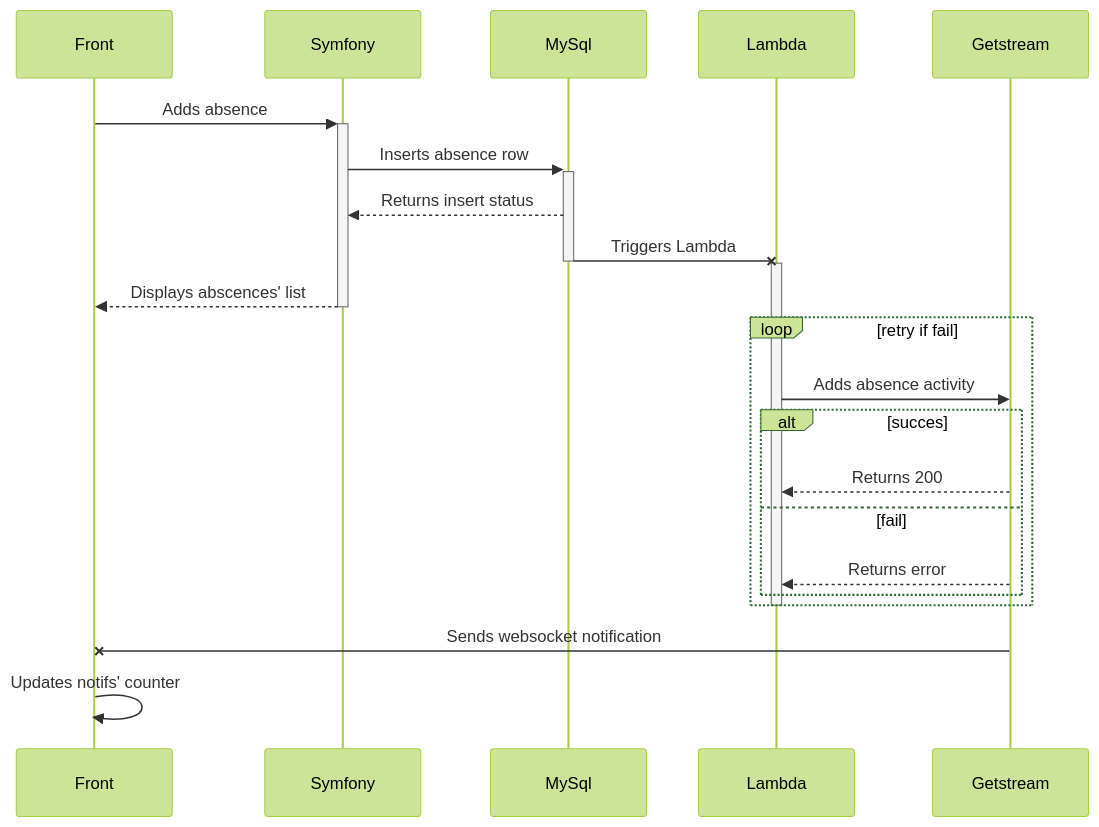
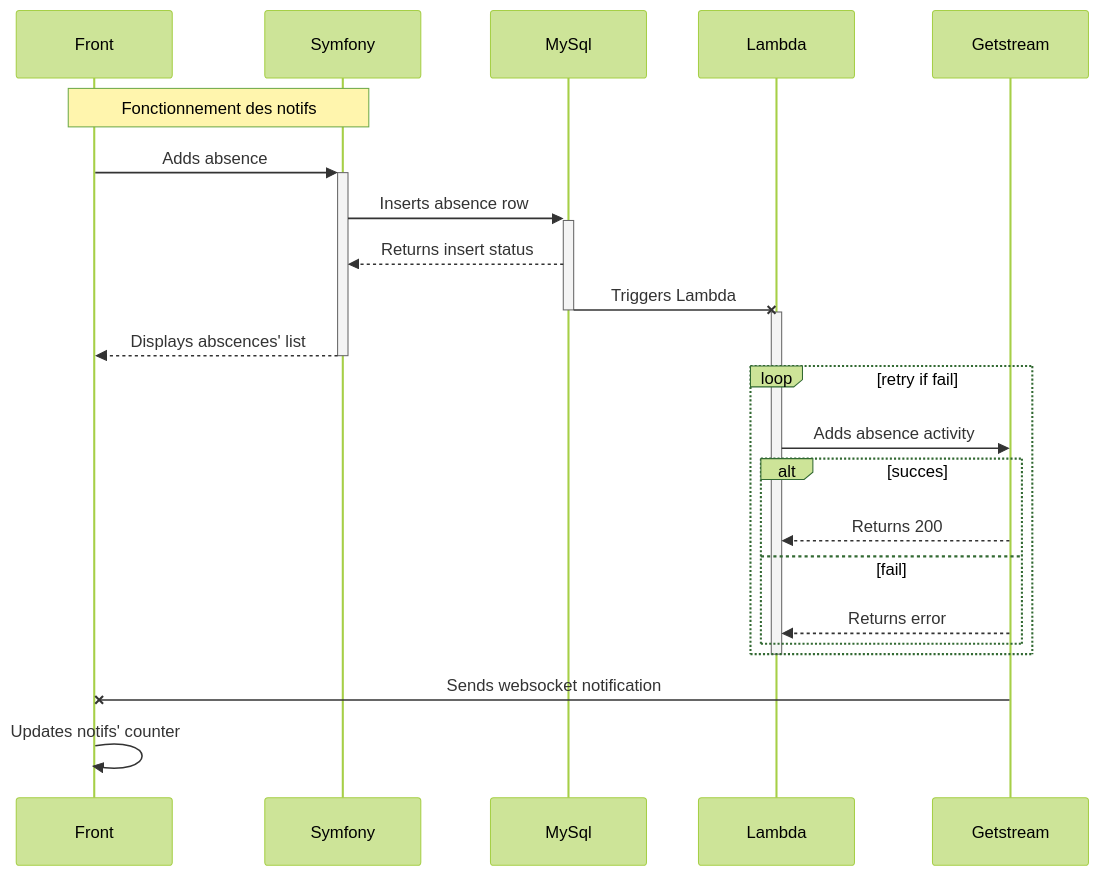
Before and after one commit to HarperSwan/rapport-mission-professionelle: the third of 4 diagrams in rapport-mission-professionnelle.md, drawn with Mermaid (forest theme). The commit also changed other lines of this file and 2 other files, not shown here.

First line of the commit message:
petit commit des familles

````diff
--- a/rapport-mission-professionnelle.md
+++ b/rapport-mission-professionnelle.md
@@ -186,22 +205,23 @@
 ```mermaid
 sequenceDiagram
+note over Front, Symfony: Fonctionnement des notifs
 Front->>+Symfony: Adds absence
 Symfony->>+MySql: Inserts absence row
 MySql-->>Symfony: Returns insert status
 MySql-x-Lambda: Triggers Lambda
 activate Lambda
 Symfony-->>-Front: Displays abscences' list
 
 loop retry if fail
     Lambda->>Getstream: Adds absence activity
     alt succes
         Getstream-->>Lambda: Returns 200
     else fail
         Getstream-->>Lambda: Returns error
     end
 end
 deactivate Lambda
 
 Getstream-xFront: Sends websocket notification
 Front->>Front: Updates notifs' counter
 ```
````
